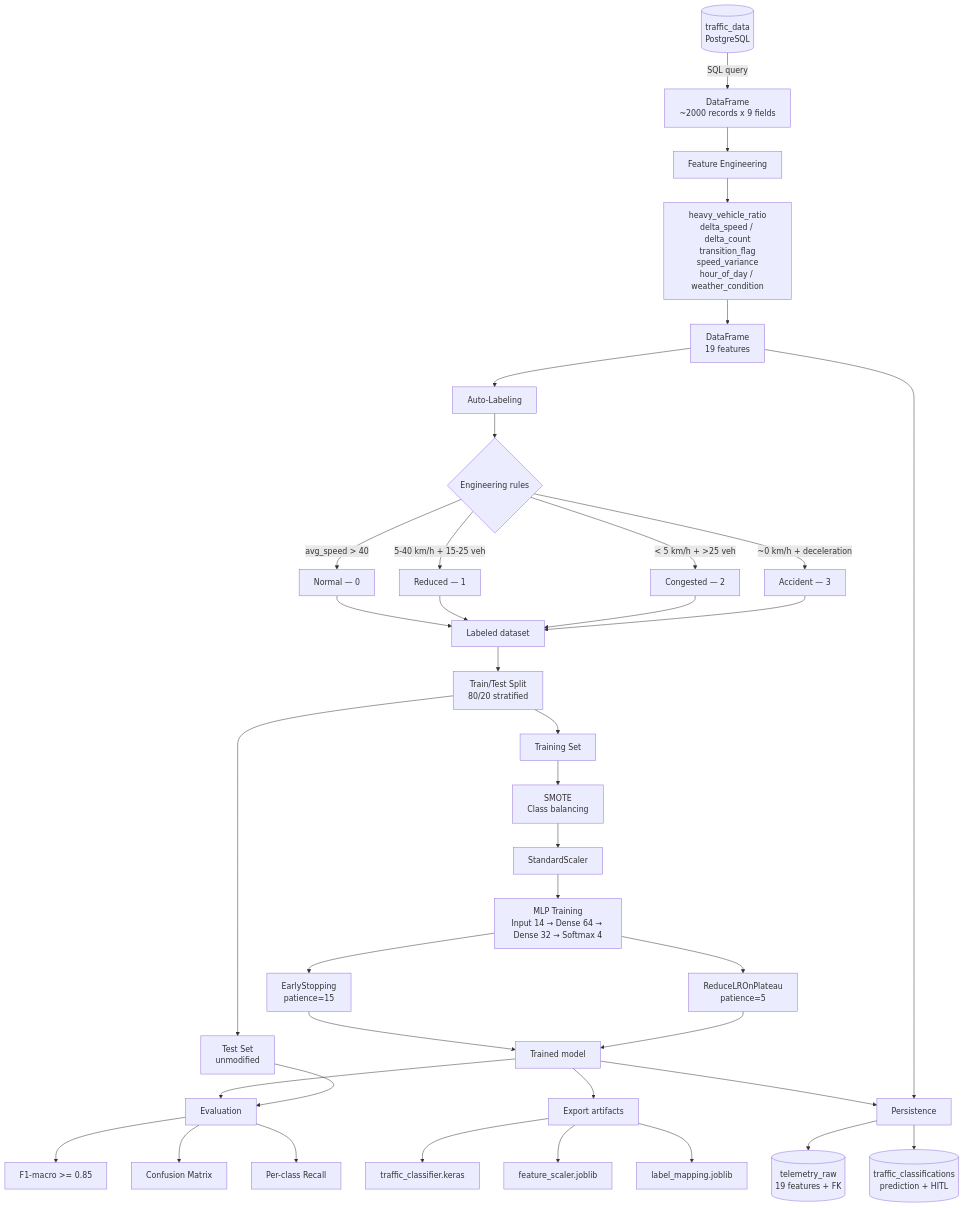
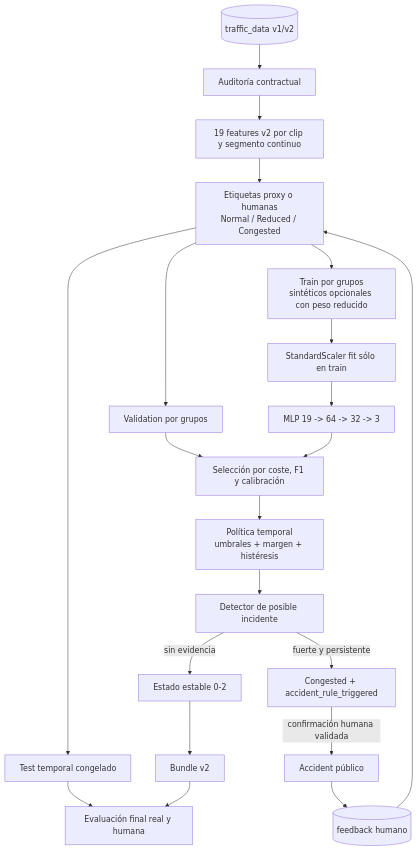
The diagram in docs/architecture/diagrams/intelligence-pipeline.md (aka-titesen/vaaet), drawn with Mermaid before and after one commit. The commit also changed other lines of this file and 56 other files, not shown here.

First line of the commit message:
Enhance unit tests and dataset validation for traffic state classification

````diff
--- a/docs/architecture/diagrams/intelligence-pipeline.md
+++ b/docs/architecture/diagrams/intelligence-pipeline.md
@@ -8,46 +3,23 @@
 ```mermaid
 flowchart TD
-    A[(traffic_data<br/>PostgreSQL)] -->|SQL query| B[DataFrame<br/>~2000 records x 9 fields]
-
-    B --> C[Feature Engineering]
-    C --> C1[heavy_vehicle_ratio<br/>delta_speed / delta_count<br/>transition_flag<br/>speed_variance<br/>hour_of_day / weather_condition]
-    C1 --> D[DataFrame<br/>19 features]
-
-    D --> E[Auto-Labeling]
-    E --> E1{Engineering rules}
-    E1 -->|avg_speed > 40| F0[Normal — 0]
-    E1 -->|5-40 km/h + 15-25 veh| F1[Reduced — 1]
-    E1 -->|< 5 km/h + >25 veh| F2[Congested — 2]
-    E1 -->|~0 km/h + deceleration| F3[Accident — 3]
-
-    F0 & F1 & F2 & F3 --> G[Labeled dataset]
-
-    G --> H[Train/Test Split<br/>80/20 stratified]
-    H --> H1[Training Set]
-    H --> H2[Test Set<br/>unmodified]
-
-    H1 --> I[SMOTE<br/>Class balancing]
-    I --> J[StandardScaler]
-
-    J --> K[MLP Training<br/>Input 14 → Dense 64 → Dense 32 → Softmax 4]
-    K --> K1[EarlyStopping<br/>patience=15]
-    K --> K2[ReduceLROnPlateau<br/>patience=5]
-
-    K1 & K2 --> L[Trained model]
-
-    L --> M[Evaluation]
-    H2 --> M
-    M --> M1[F1-macro >= 0.85]
-    M --> M2[Confusion Matrix]
-    M --> M3[Per-class Recall]
-
-    L --> N[Export artifacts]
-    N --> N1[traffic_classifier.keras]
-    N --> N2[feature_scaler.joblib]
-    N --> N3[label_mapping.joblib]
-
-    L --> O[Persistence]
-    D --> O
-    O --> P[(telemetry_raw<br/>19 features + FK)]
-    O --> Q[(traffic_classifications<br/>prediction + HITL)]
+    A[(traffic_data v1/v2)] --> B[Auditoría contractual]
+    B --> C[19 features v2 por clip y segmento continuo]
+    C --> D[Etiquetas proxy o humanas<br/>Normal / Reduced / Congested]
+    D --> E[Test temporal congelado]
+    D --> F[Validation por grupos]
+    D --> G[Train por grupos<br/>sintéticos opcionales con peso reducido]
+    G --> H[StandardScaler fit sólo en train]
+    H --> I[MLP 19 -> 64 -> 32 -> 3]
+    F --> J[Selección por coste, F1 y calibración]
+    I --> J
+    J --> K[Política temporal<br/>umbrales + margen + histéresis]
+    K --> L[Detector de posible incidente]
+    L -->|sin evidencia| M[Estado estable 0-2]
+    L -->|fuerte y persistente| N[Congested + accident_rule_triggered]
+    N -->|confirmación humana validada| O[Accident público]
+    M --> P[Bundle v2]
+    O --> Q[(feedback humano)]
+    Q --> D
+    E --> R[Evaluación final real y humana]
+    P --> R
 ```
````
